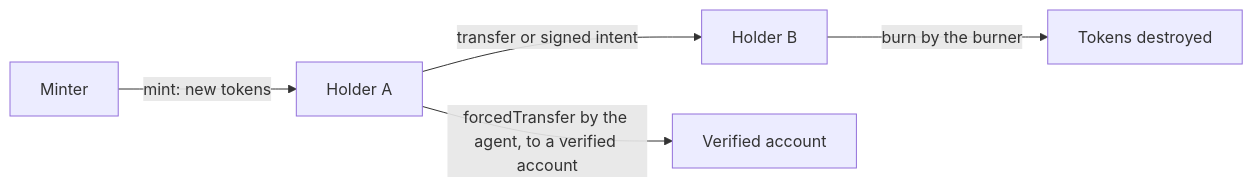
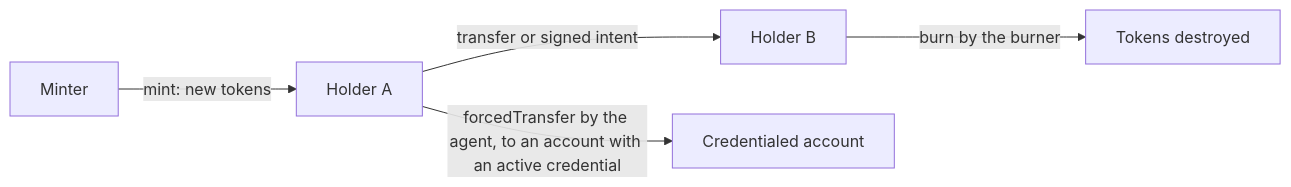
Before and after one commit to fepvenancio/rwa-token: the first of 4 diagrams in docs/money.md, drawn with Mermaid. The commit also changed other lines of this file and 116 other files, not shown here.

````diff
--- a/docs/money.md
+++ b/docs/money.md
@@ -22,7 +23,7 @@
 ```mermaid
 flowchart LR
   Minter["Minter"] -->|"mint: new tokens"| A["Holder A"]
   A -->|"transfer or signed intent"| B["Holder B"]
-  A -->|"forcedTransfer by the agent, to a verified account"| R["Verified account"]
+  A -->|"forcedTransfer by the agent, to an account with an active credential"| R["Credentialed account"]
   B -->|"burn by the burner"| D["Tokens destroyed"]
 ```
````
